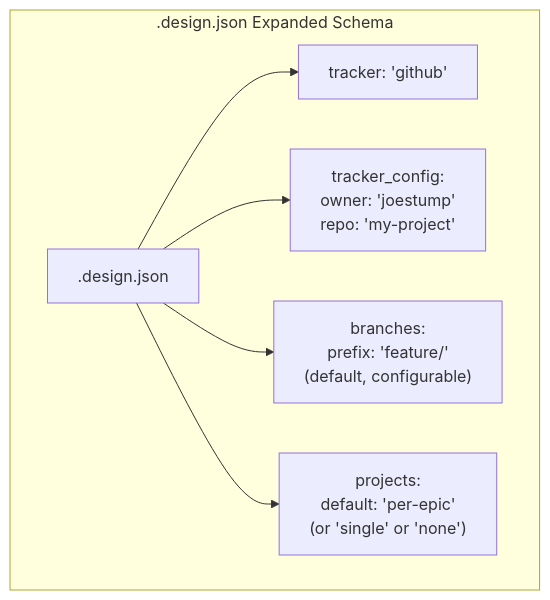
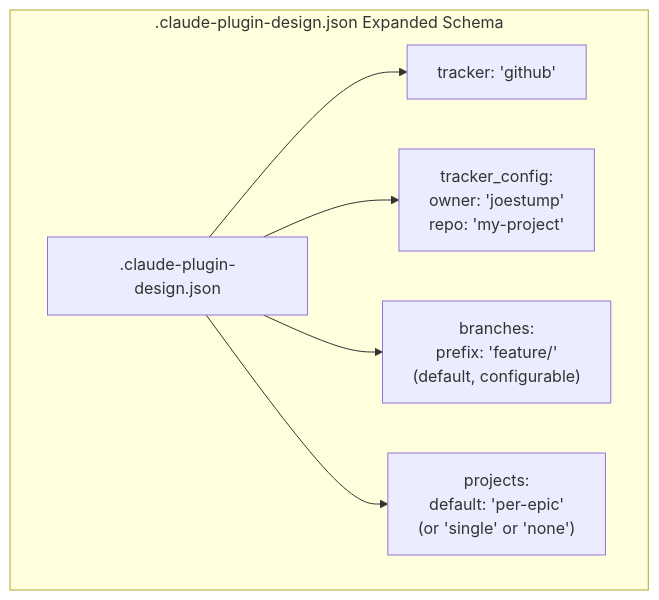
The fourth of 4 diagrams in docs/openspec/specs/sprint-planning/design.md (joestump/claude-plugin-design), drawn with Mermaid before and after one commit. The commit also changed other lines of this file and 24 other files, not shown here.

First line of the commit message:
Rename .design.json to .claude-plugin-design.json, add Configuration docs

````diff
--- a/docs/openspec/specs/sprint-planning/design.md
+++ b/docs/openspec/specs/sprint-planning/design.md
@@ -232,10 +232,10 @@
 ```mermaid
 flowchart TD
-    subgraph ".design.json Expanded Schema"
-        root[".design.json"]
+    subgraph ".claude-plugin-design.json Expanded Schema"
+        root[".claude-plugin-design.json"]
         root --> tracker["tracker: 'github'"]
         root --> tracker_config["tracker_config:\n  owner: 'joestump'\n  repo: 'my-project'"]
         root --> branches["branches:\n  prefix: 'feature/'\n  (default, configurable)"]
         root --> projects["projects:\n  default: 'per-epic'\n  (or 'single' or 'none')"]
     end
 ```
````
